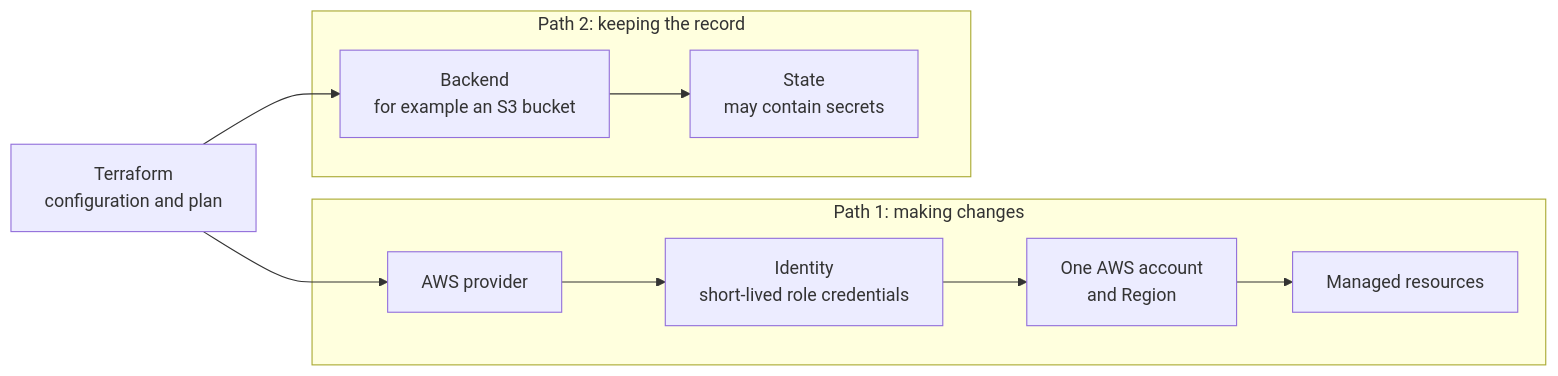
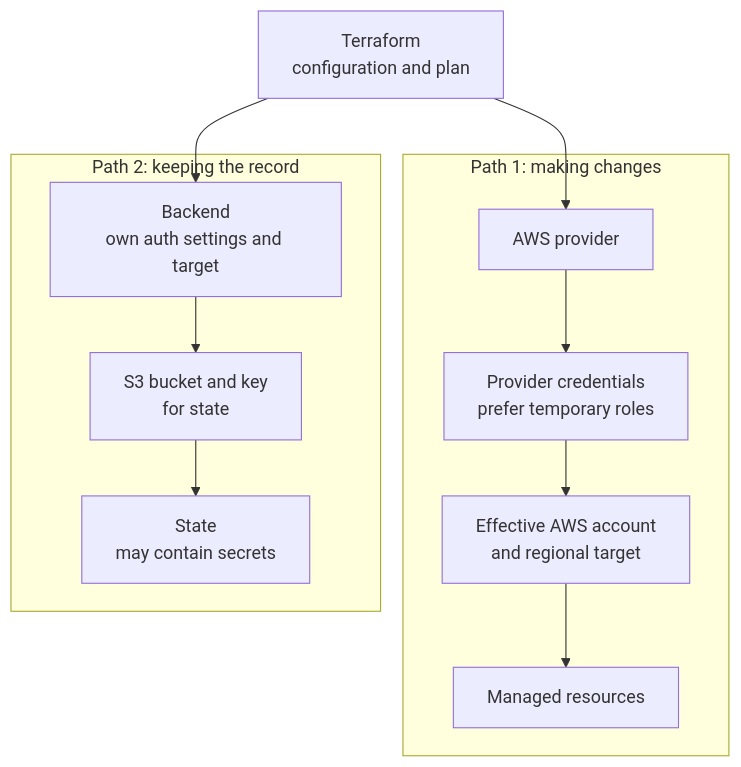
Before and after one commit to David-A18/MY-humble-knowledge-for-everyone: the diagram in knowledge/cross-topic-guides/terraform-on-aws.md, drawn with Mermaid. The commit also changed other lines of this file and 6 other files, not shown here.

````diff
--- a/knowledge/cross-topic-guides/terraform-on-aws.md
+++ b/knowledge/cross-topic-guides/terraform-on-aws.md
@@ -69,18 +82,19 @@
 ```mermaid
-flowchart LR
+flowchart TB
   tf["Terraform<br/>configuration and plan"]
   subgraph change["Path 1: making changes"]
     prov["AWS provider"]
-    ident["Identity<br/>short-lived role credentials"]
-    target["One AWS account<br/>and Region"]
+    ident["Provider credentials<br/>prefer temporary roles"]
+    target["Effective AWS account<br/>and regional target"]
     res["Managed resources"]
     prov --> ident --> target --> res
   end
   subgraph record["Path 2: keeping the record"]
-    be["Backend<br/>for example an S3 bucket"]
+    be["Backend<br/>own auth settings and target"]
+    bucket["S3 bucket and key<br/>for state"]
     st["State<br/>may contain secrets"]
-    be --> st
+    be --> bucket --> st
   end
   tf --> prov
   tf --> be
 ```
````
